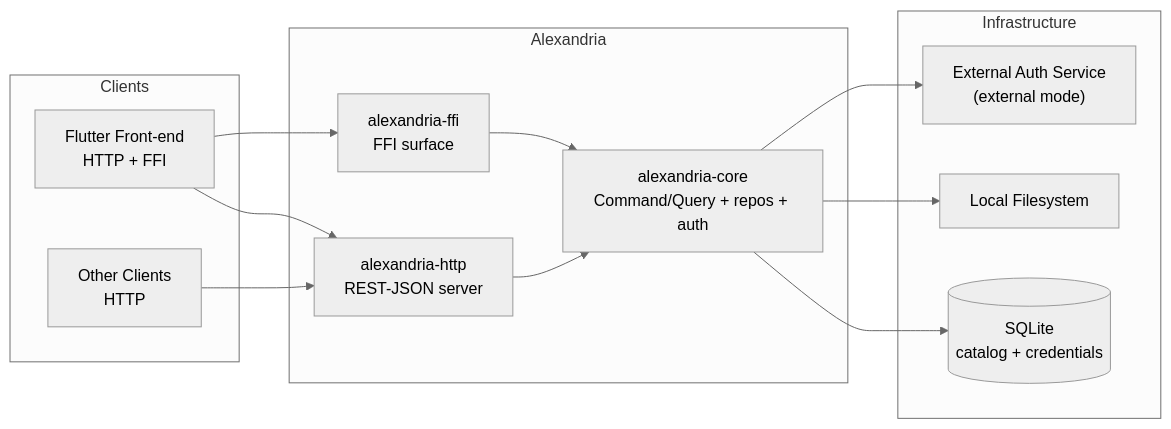
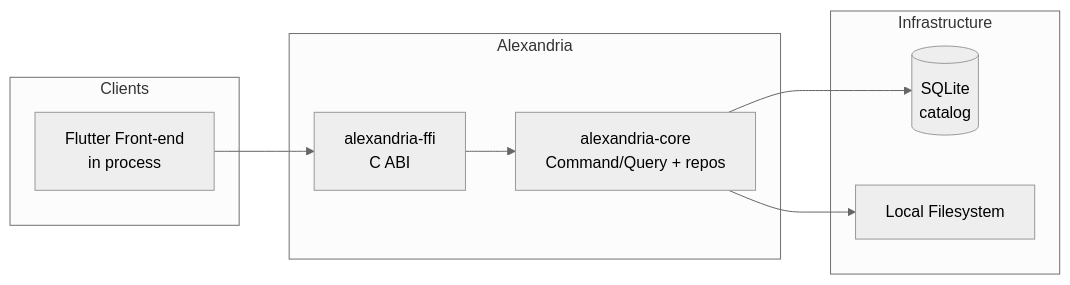
One commit to artur-rios/alexandria-api changed the first of 3 diagrams in docs/requirements/System Requirements Document.md. Above: the diagram before and after it, drawn with Mermaid (neutral theme). The commit also changed other lines of this file and 15 other files, not shown here.

````diff
--- a/docs/requirements/System Requirements Document.md
+++ b/docs/requirements/System Requirements Document.md
@@ -47,28 +46,21 @@
 ```mermaid
 graph LR
     subgraph Clients
-        FL["Flutter Front-end<br/>HTTP + FFI"]
-        OT["Other Clients<br/>HTTP"]
+        FL["Flutter Front-end<br/>in process"]
     end
 
     subgraph Alexandria
-        HTTP["alexandria-http<br/>REST-JSON server"]
-        FFI["alexandria-ffi<br/>FFI surface"]
-        CORE["alexandria-core<br/>Command/Query + repos + auth"]
+        FFI["alexandria-ffi<br/>C ABI"]
+        CORE["alexandria-core<br/>Command/Query + repos"]
     end
 
     subgraph Infrastructure
-        DB[("SQLite<br/>catalog + credentials")]
+        DB[("SQLite<br/>catalog")]
         FS["Local Filesystem"]
-        AUTH["External Auth Service<br/>(external mode)"]
     end
 
-    FL --> HTTP
     FL --> FFI
-    OT --> HTTP
-    HTTP --> CORE
     FFI --> CORE
     CORE --> DB
     CORE --> FS
-    CORE --> AUTH
 ```
````
